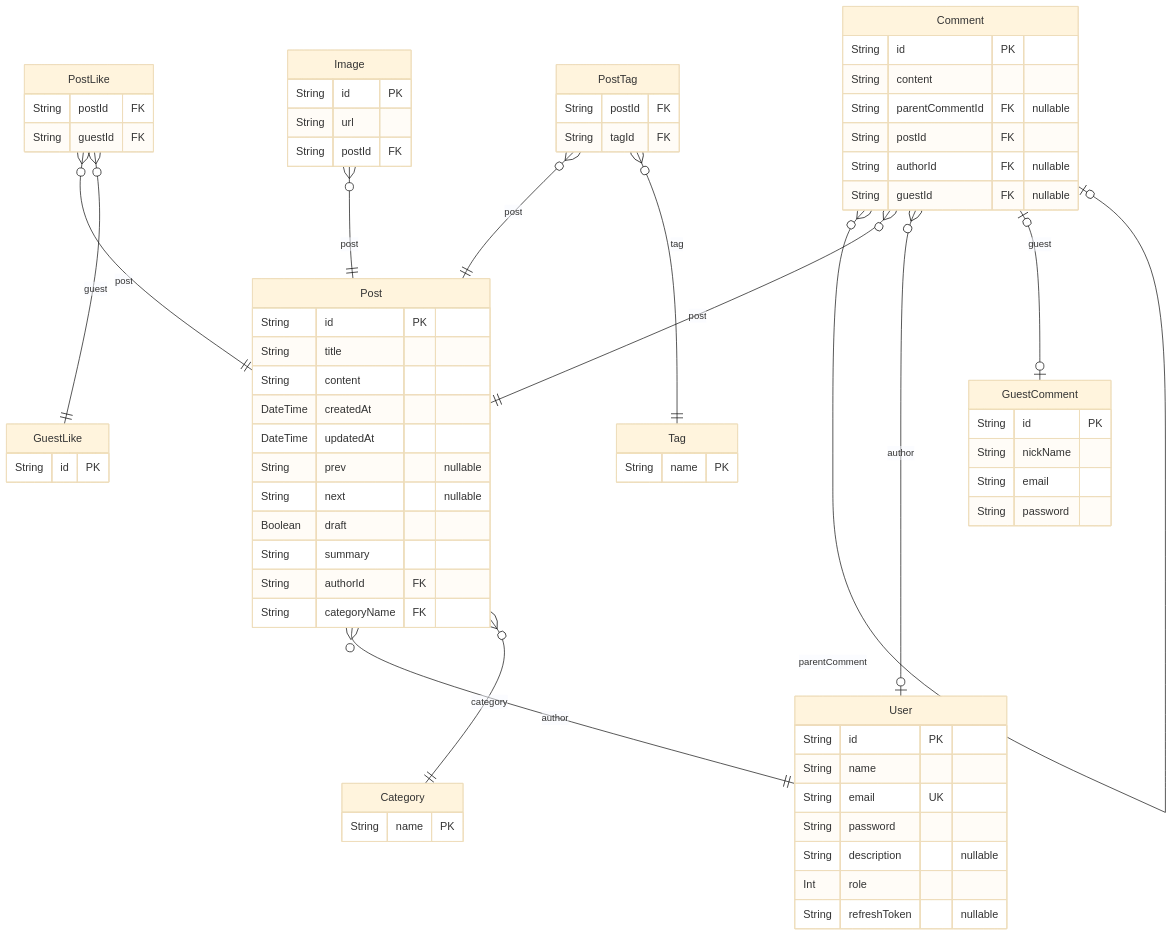
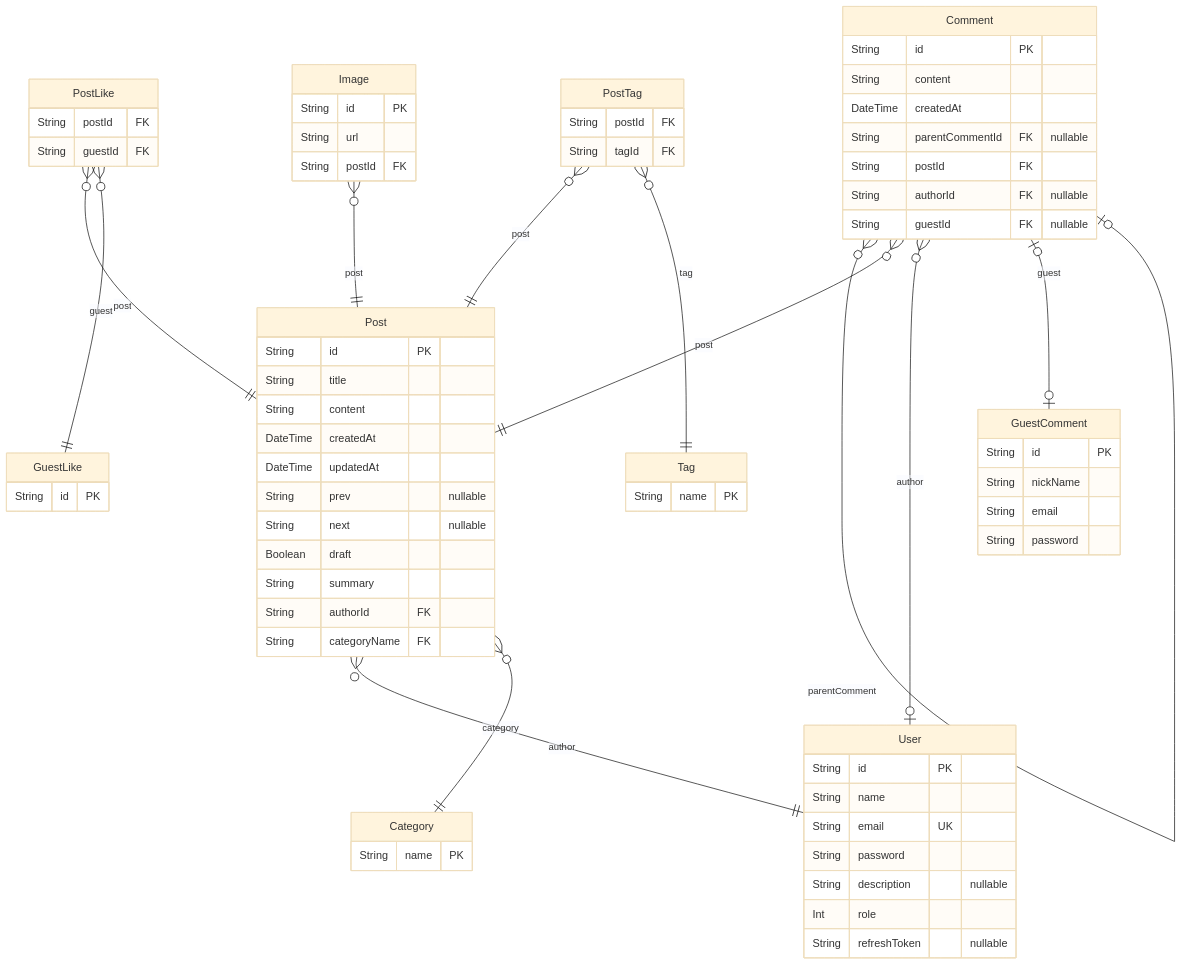
One commit to JongDeug/blog-backend changed the diagram in prisma/ERD.md. Above: the diagram before and after it, drawn with Mermaid (base theme). The commit also changed other lines of this file and 4 other files, not shown here.

````diff
--- a/prisma/ERD.md
+++ b/prisma/ERD.md
@@ -7,72 +7,73 @@
 ```mermaid
 erDiagram
 "User" {
   String id PK
   String name
   String email UK
   String password
   String description "nullable"
   Int role
   String refreshToken "nullable"
 }
 "GuestLike" {
   String id PK
 }
 "GuestComment" {
   String id PK
   String nickName
   String email
   String password
 }
 "PostLike" {
   String postId FK
   String guestId FK
 }
 "Post" {
   String id PK
   String title
   String content
   DateTime createdAt
   DateTime updatedAt
   String prev "nullable"
   String next "nullable"
   Boolean draft
   String summary
   String authorId FK
   String categoryName FK
 }
 "Tag" {
   String name PK
 }
 "PostTag" {
   String postId FK
   String tagId FK
 }
 "Image" {
   String id PK
   String url
   String postId FK
 }
 "Category" {
   String name PK
 }
 "Comment" {
   String id PK
   String content
+  DateTime createdAt
   String parentCommentId FK "nullable"
   String postId FK
   String authorId FK "nullable"
   String guestId FK "nullable"
 }
 "PostLike" }o--|| "Post" : post
 "PostLike" }o--|| "GuestLike" : guest
 "Post" }o--|| "User" : author
 "Post" }o--|| "Category" : category
 "PostTag" }o--|| "Post" : post
 "PostTag" }o--|| "Tag" : tag
 "Image" }o--|| "Post" : post
 "Comment" }o--o| "Comment" : parentComment
 "Comment" }o--|| "Post" : post
 "Comment" }o--o| "User" : author
 "Comment" |o--o| "GuestComment" : guest
 ```
````
